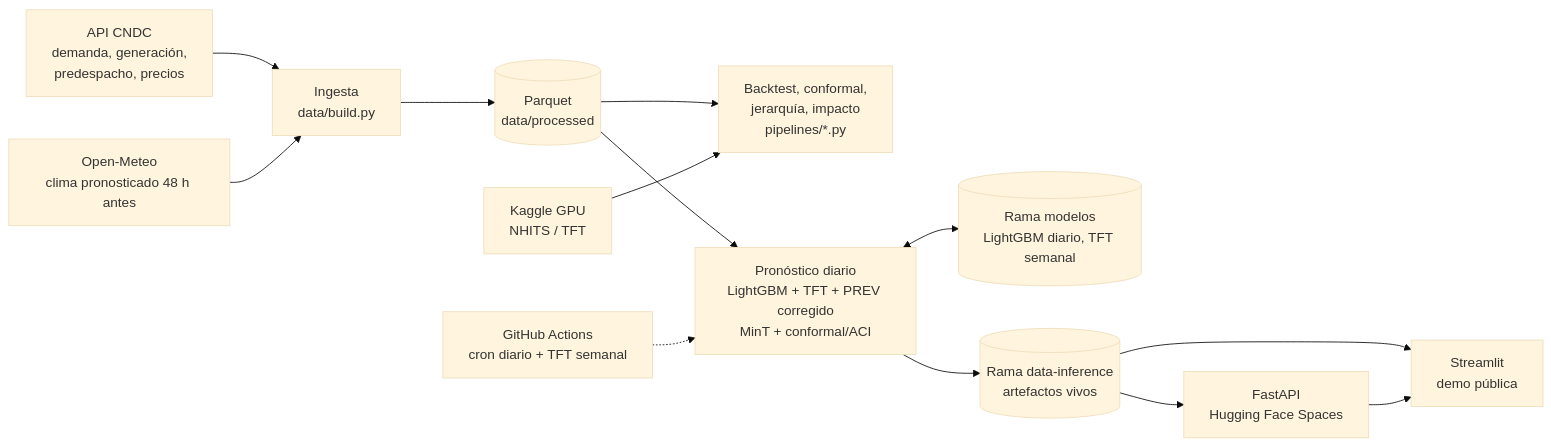
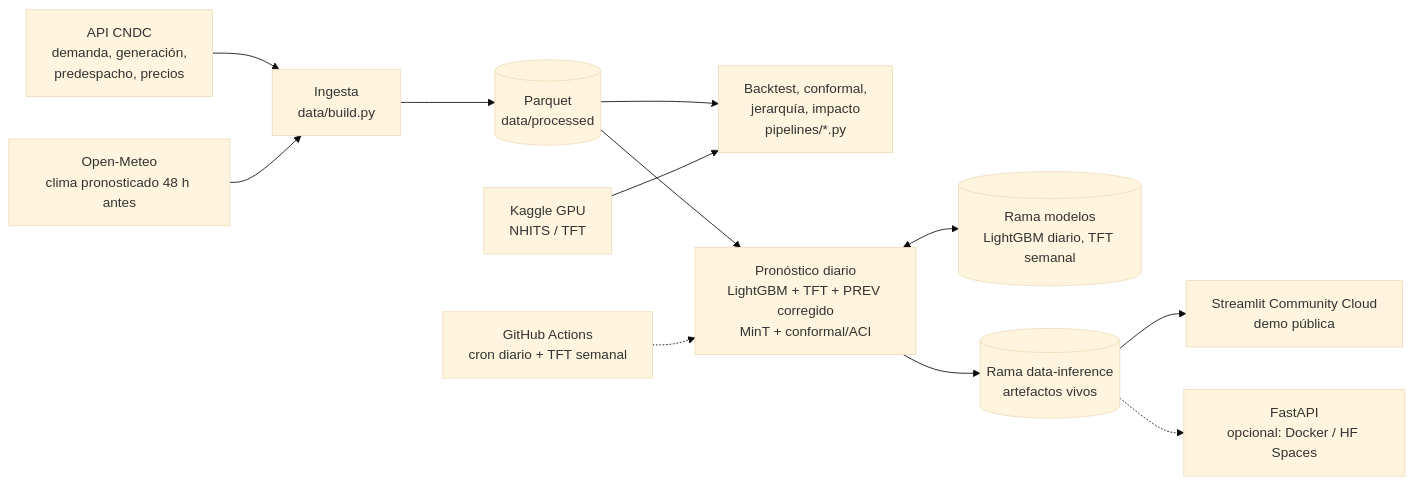
Before and after one commit to freddxvill/forecast-energia-electrica-en-bolivia: the second of 2 diagrams in README.md, drawn with Mermaid (base theme). The commit also changed other lines of this file, not shown here.

Commit message:
README: demo en Streamlit Cloud; la API queda como alternativa opcional

````diff
--- a/README.md
+++ b/README.md
@@ -62,15 +62,14 @@
 ```mermaid
 flowchart LR
   A[API CNDC<br/>demanda, generación,<br/>predespacho, precios] --> I[Ingesta<br/>data/build.py]
   W[Open-Meteo<br/>clima pronosticado 48 h antes] --> I
   I --> P[(Parquet<br/>data/processed)]
   P --> B[Backtest, conformal,<br/>jerarquía, impacto<br/>pipelines/*.py]
   K[Kaggle GPU<br/>NHITS / TFT] --> B
   P --> D[Pronóstico diario<br/>LightGBM + TFT + PREV corregido<br/>MinT + conformal/ACI]
   D <--> MO[(Rama modelos<br/>LightGBM diario, TFT semanal)]
   D --> R[(Rama data-inference<br/>artefactos vivos)]
-  R --> API[FastAPI<br/>Hugging Face Spaces]
-  R --> F[Streamlit<br/>demo pública]
-  API --> F
+  R --> F[Streamlit Community Cloud<br/>demo pública]
+  R -.-> API[FastAPI<br/>opcional: Docker / HF Spaces]
   GH[GitHub Actions<br/>cron diario + TFT semanal] -.-> D
 ```
````
